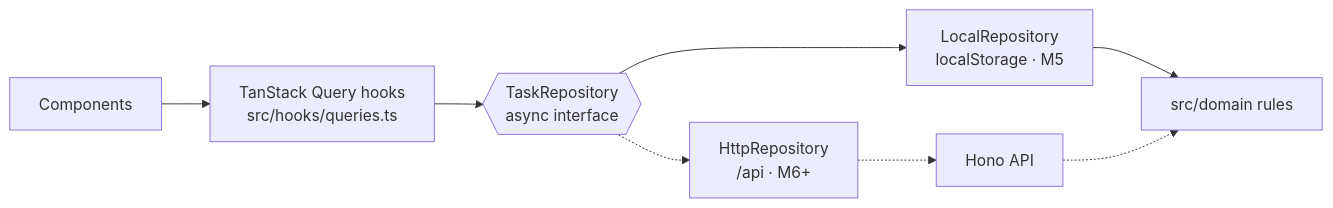
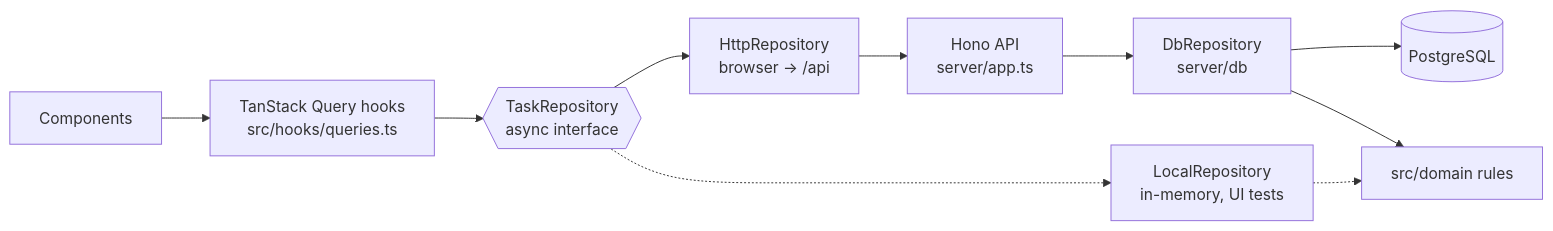
One commit to eliasbandak321-svg/ai-task-manager changed the second of 2 diagrams in docs/architecture.md. Above: the diagram before and after it, drawn with Mermaid. The commit also changed other lines of this file and 2 other files, not shown here.

Commit message:
docs: document the M6 API, database and local setup

````diff
--- a/docs/architecture.md
+++ b/docs/architecture.md
@@ -95,8 +103,9 @@
 ```mermaid
 flowchart LR
   UI[Components] --> Q[TanStack Query hooks<br/>src/hooks/queries.ts] --> R{{TaskRepository<br/>async interface}}
-  R --> L[LocalRepository<br/>localStorage · M5]
-  R -.-> H[HttpRepository<br/>/api · M6+]
-  L --> D[src/domain rules]
-  H -.-> S[Hono API] -.-> D
+  R --> H[HttpRepository<br/>browser → /api]
+  H --> A[Hono API<br/>server/app.ts] --> DB[DbRepository<br/>server/db] --> P[(PostgreSQL)]
+  R -.-> L[LocalRepository<br/>in-memory, UI tests]
+  DB --> D[src/domain rules]
+  L -.-> D
 ```
````
